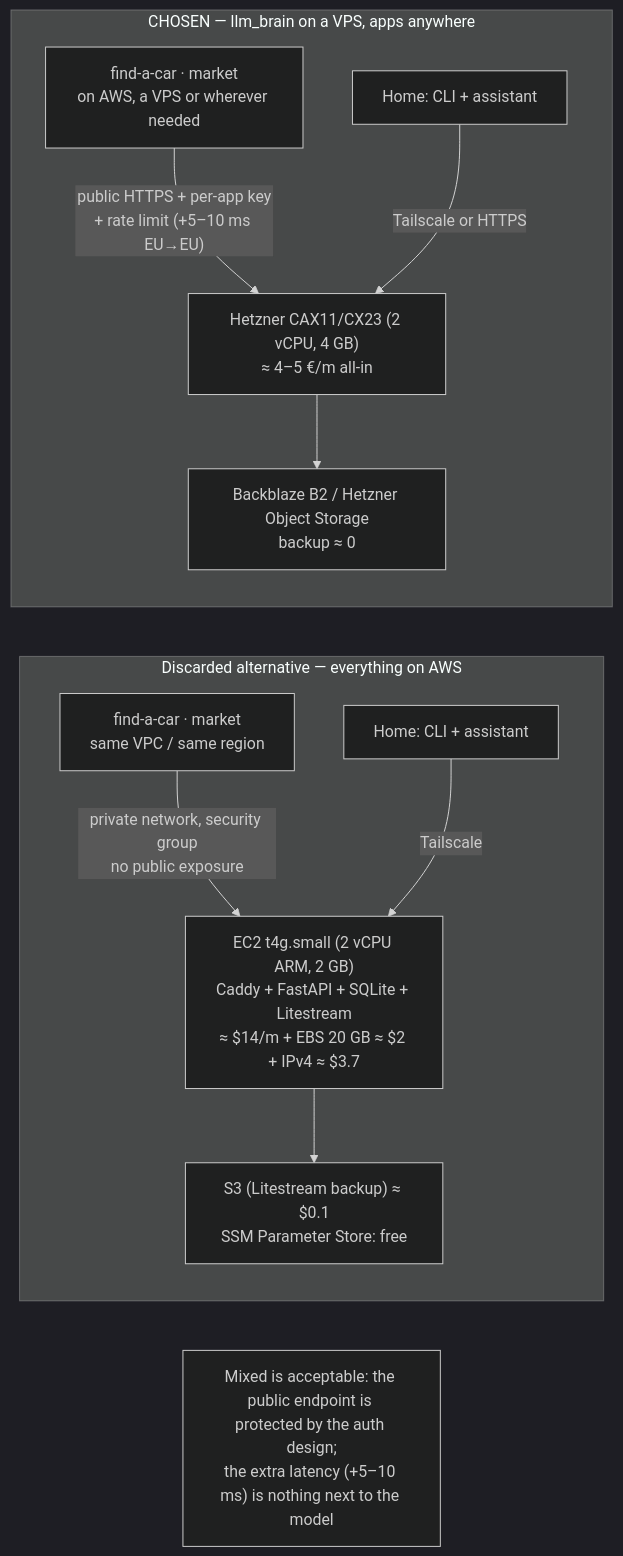
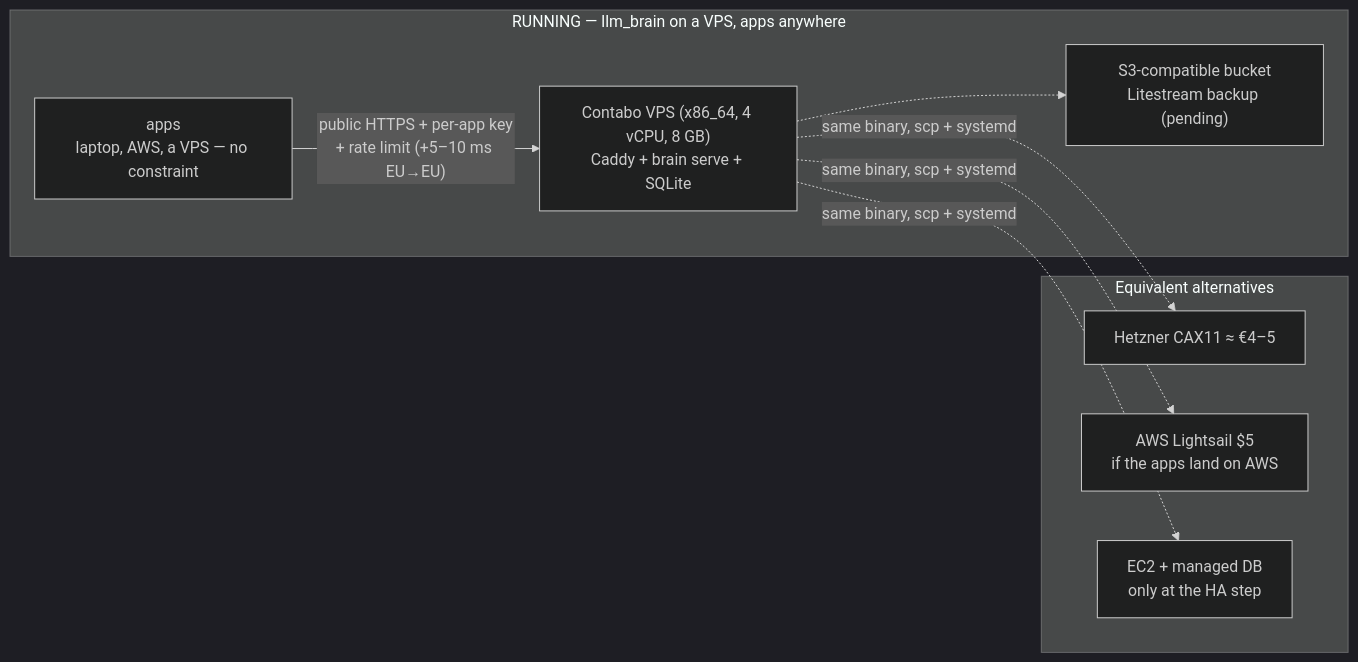
The diagram in docs/analysis/hosting-costs.md (pjcau/llm_brain), drawn with Mermaid (dark theme) before and after one commit. The commit also changed other lines of this file and 42 other files, not shown here.

````diff
--- a/docs/analysis/hosting-costs.md
+++ b/docs/analysis/hosting-costs.md
@@ -75,19 +46,15 @@
 ```mermaid
 flowchart LR
-    subgraph A["Discarded alternative — everything on AWS"]
-        A1["EC2 t4g.small (2 vCPU ARM, 2 GB)<br/>Caddy + FastAPI + SQLite + Litestream<br/>≈ $14/m + EBS 20 GB ≈ $2 + IPv4 ≈ $3.7"]
-        A2["find-a-car · market<br/>same VPC / same region"]
-        A3["S3 (Litestream backup) ≈ $0.1<br/>SSM Parameter Store: free"]
-        A2 -- "private network, security group<br/>no public exposure" --> A1
-        A1 --> A3
-        H1["Home: CLI + assistant"] -- "Tailscale" --> A1
+    subgraph RUN["RUNNING — llm_brain on a VPS, apps anywhere"]
+        B1["Contabo VPS (x86_64, 4 vCPU, 8 GB)<br/>Caddy + brain serve + SQLite"]
+        B2["apps<br/>laptop, AWS, a VPS — no constraint"]
+        B3["S3-compatible bucket<br/>Litestream backup (pending)"]
+        B2 -- "public HTTPS + per-app key<br/>+ rate limit (+5–10 ms EU→EU)" --> B1 -.-> B3
     end
-    subgraph B["CHOSEN — llm_brain on a VPS, apps anywhere"]
-        B1["Hetzner CAX11/CX23 (2 vCPU, 4 GB)<br/>≈ 4–5 €/m all-in"]
-        B2["find-a-car · market<br/>on AWS, a VPS or wherever needed"]
-        B3["Backblaze B2 / Hetzner Object Storage<br/>backup ≈ 0"]
-        B2 -- "public HTTPS + per-app key<br/>+ rate limit (+5–10 ms EU→EU)" --> B1 --> B3
-        H2["Home: CLI + assistant"] -- "Tailscale or HTTPS" --> B1
+    subgraph ALT["Equivalent alternatives"]
+        A1["Hetzner CAX11 ≈ €4–5"]
+        A2["AWS Lightsail $5<br/>if the apps land on AWS"]
+        A3["EC2 + managed DB<br/>only at the HA step"]
     end
-    X["Mixed is acceptable: the public endpoint is protected by the auth design;<br/>the extra latency (+5–10 ms) is nothing next to the model"]
+    B1 -. "same binary, scp + systemd" .-> A1 & A2 & A3
 ```
````
